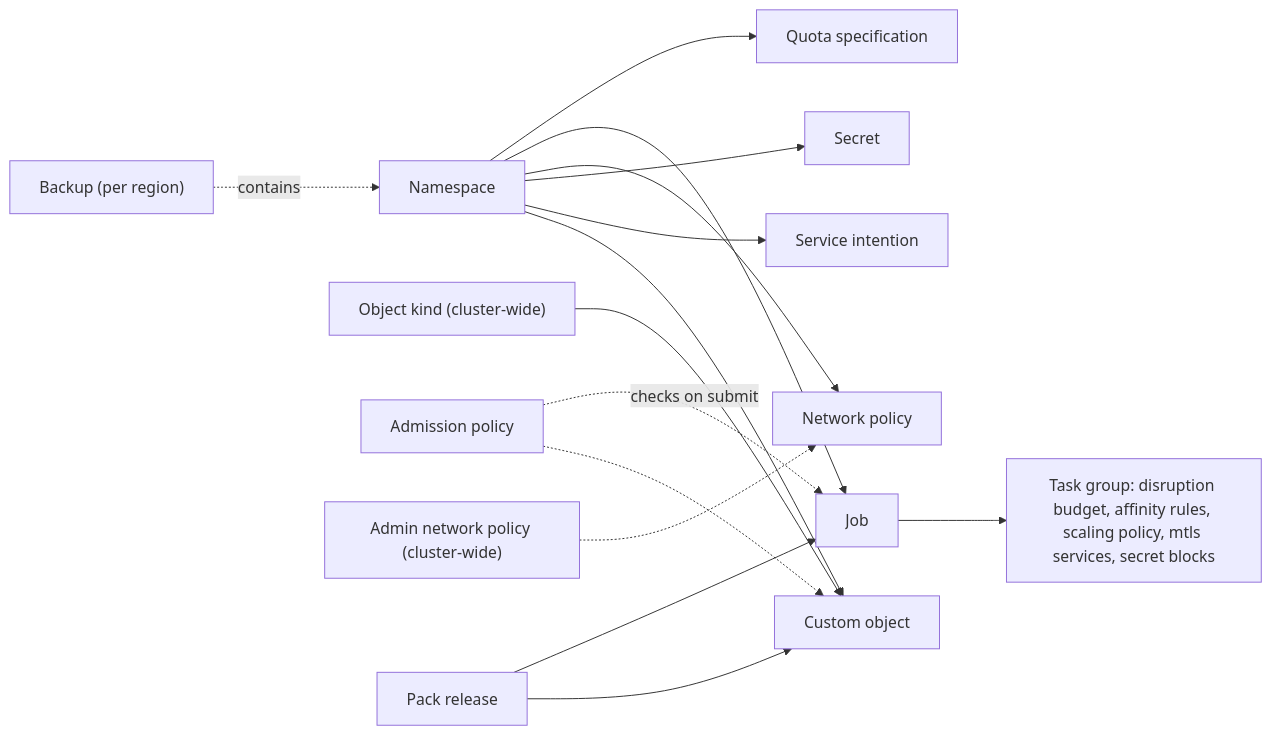
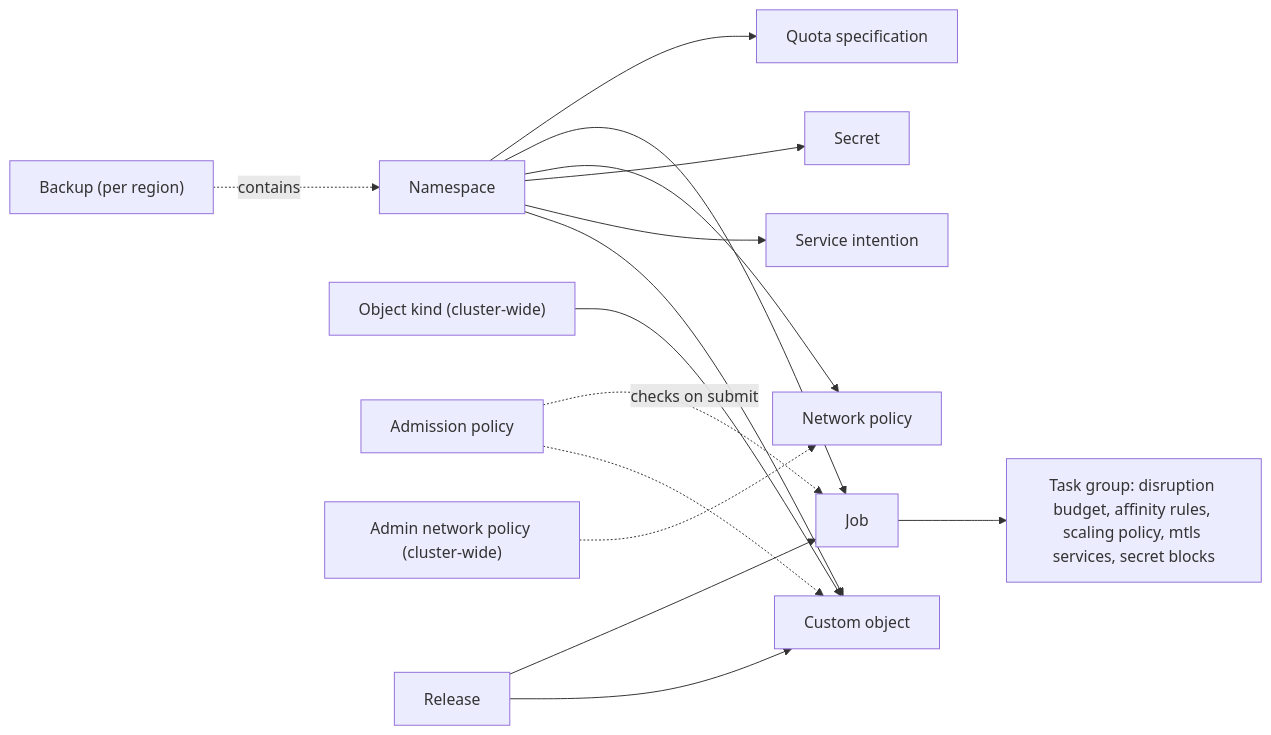
One commit to bacanoo-io/norca-doc changed the diagram in content/docs/concepts/norca.md. Above: the diagram before and after it, drawn with Mermaid. The commit also changed other lines of this file and 153 other files, not shown here.

````diff
--- a/content/docs/concepts/norca.md
+++ b/content/docs/concepts/norca.md
@@ -12,17 +12,17 @@
 ```mermaid
 flowchart LR
   ns["Namespace"] --> quota["Quota specification"]
   ns --> job["Job"]
   ns --> np["Network policy"]
   ns --> secret["Secret"]
   ns --> intention["Service intention"]
   ns --> obj["Custom object"]
   kind["Object kind (cluster-wide)"] --> obj
   adm["Admission policy"] -.->|"checks on submit"| job
   adm -.-> obj
   anp["Admin network policy (cluster-wide)"] -.-> np
   job --> group["Task group: disruption budget, affinity rules, scaling policy, mtls services, secret blocks"]
-  rel["Pack release"] --> job
+  rel["Release"] --> job
   rel --> obj
   backup["Backup (per region)"] -.->|"contains"| ns
 ```
````
